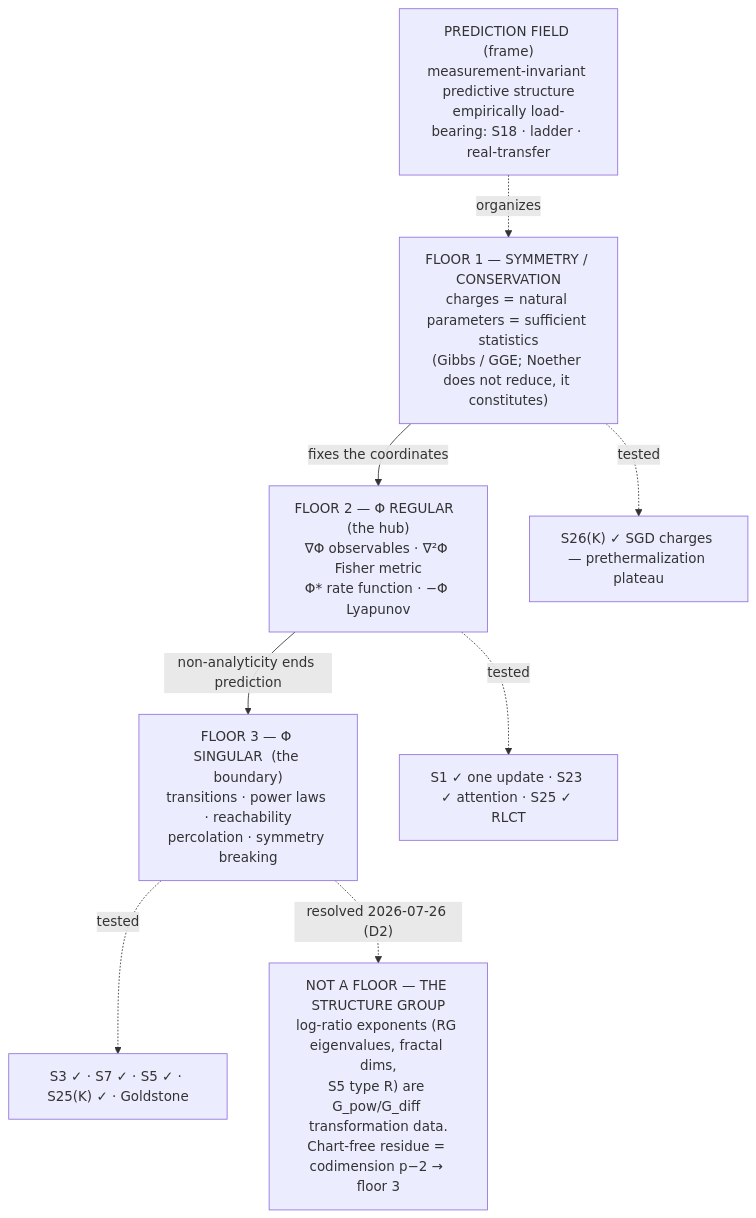
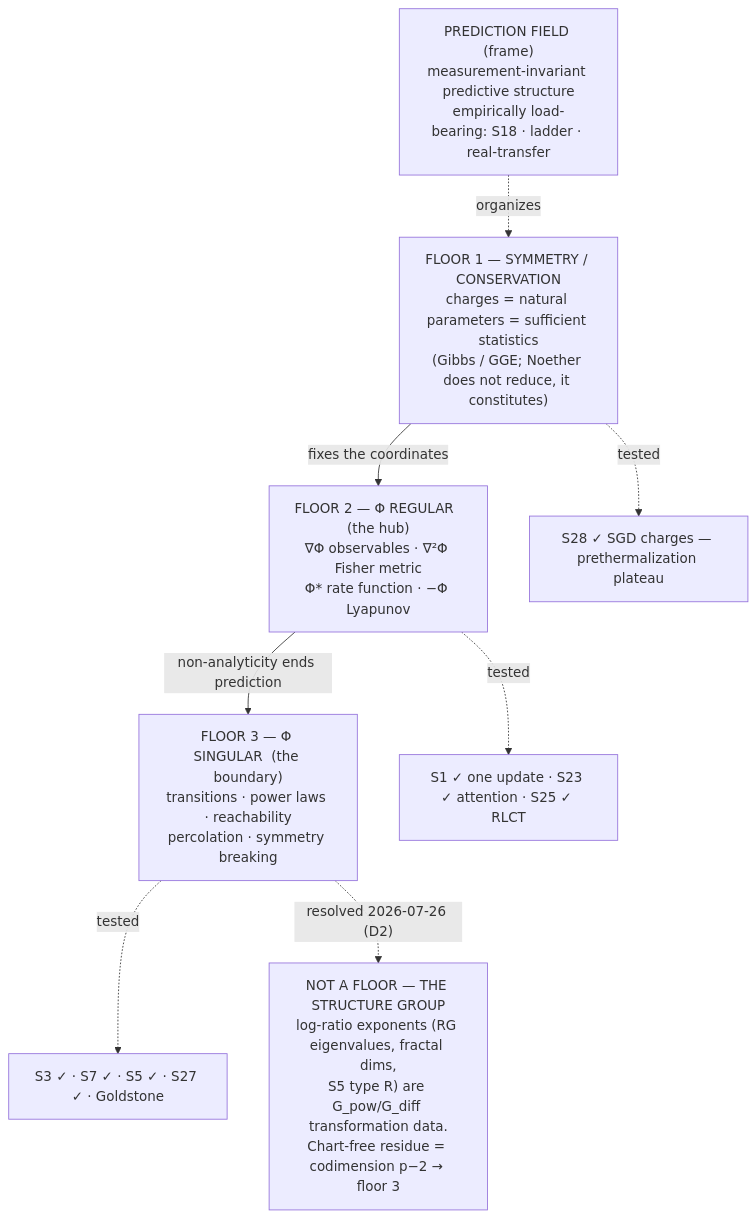
The diagram in SYNTHESIS.md (andrewmureddu/AI), drawn with Mermaid before and after one commit. The commit also changed other lines of this file and 23 other files, not shown here.

````diff
--- a/SYNTHESIS.md
+++ b/SYNTHESIS.md
@@ -125,19 +125,19 @@
 ```mermaid
 graph TB
     FRAME["PREDICTION FIELD (frame)<br/>measurement-invariant predictive structure<br/>empirically load-bearing: S18 · ladder · real-transfer"]
 
     SYM["FLOOR 1 — SYMMETRY / CONSERVATION<br/>charges = natural parameters = sufficient statistics<br/>(Gibbs / GGE; Noether does not reduce, it constitutes)"]
     REG["FLOOR 2 — Φ REGULAR&nbsp; (the hub)<br/>∇Φ observables · ∇²Φ Fisher metric<br/>Φ* rate function · −Φ Lyapunov"]
     SING["FLOOR 3 — Φ SINGULAR&nbsp; (the boundary)<br/>transitions · power laws · reachability<br/>percolation · symmetry breaking"]
 
     FRAME -. organizes .-> SYM
     SYM -->|"fixes the coordinates"| REG
     REG -->|"non-analyticity ends prediction"| SING
 
-    SYM -. tested .-> T1["S26(K) ✓ SGD charges — prethermalization plateau"]
+    SYM -. tested .-> T1["S28 ✓ SGD charges — prethermalization plateau"]
     REG -. tested .-> T2["S1 ✓ one update · S23 ✓ attention · S25 ✓ RLCT"]
-    SING -. tested .-> T3["S3 ✓ · S7 ✓ · S5 ✓ · S25(K) ✓ · Goldstone"]
+    SING -. tested .-> T3["S3 ✓ · S7 ✓ · S5 ✓ · S27 ✓ · Goldstone"]
 
     OUT["NOT A FLOOR — THE STRUCTURE GROUP<br/>log-ratio exponents (RG eigenvalues, fractal dims,<br/>S5 type R) are G_pow/G_diff transformation data.<br/>Chart-free residue = codimension p−2 → floor 3"]
     SING -. "resolved 2026-07-26 (D2)" .-> OUT
 ```
````
